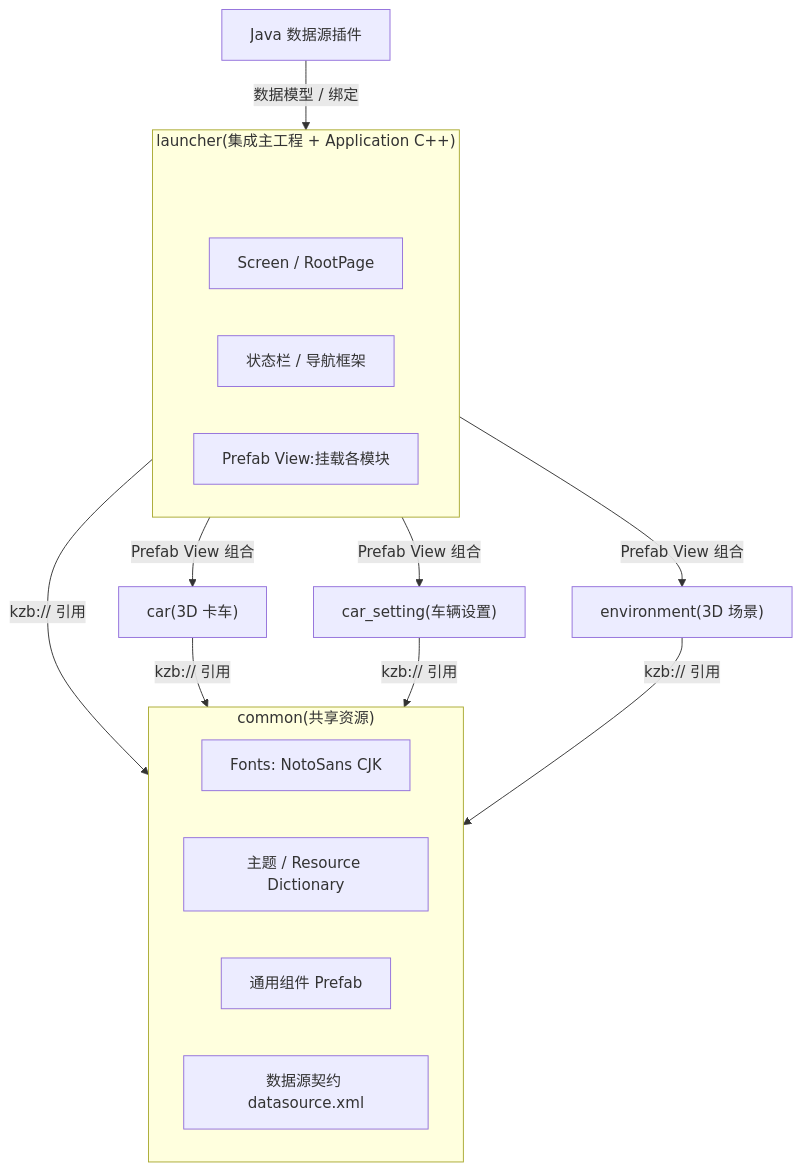
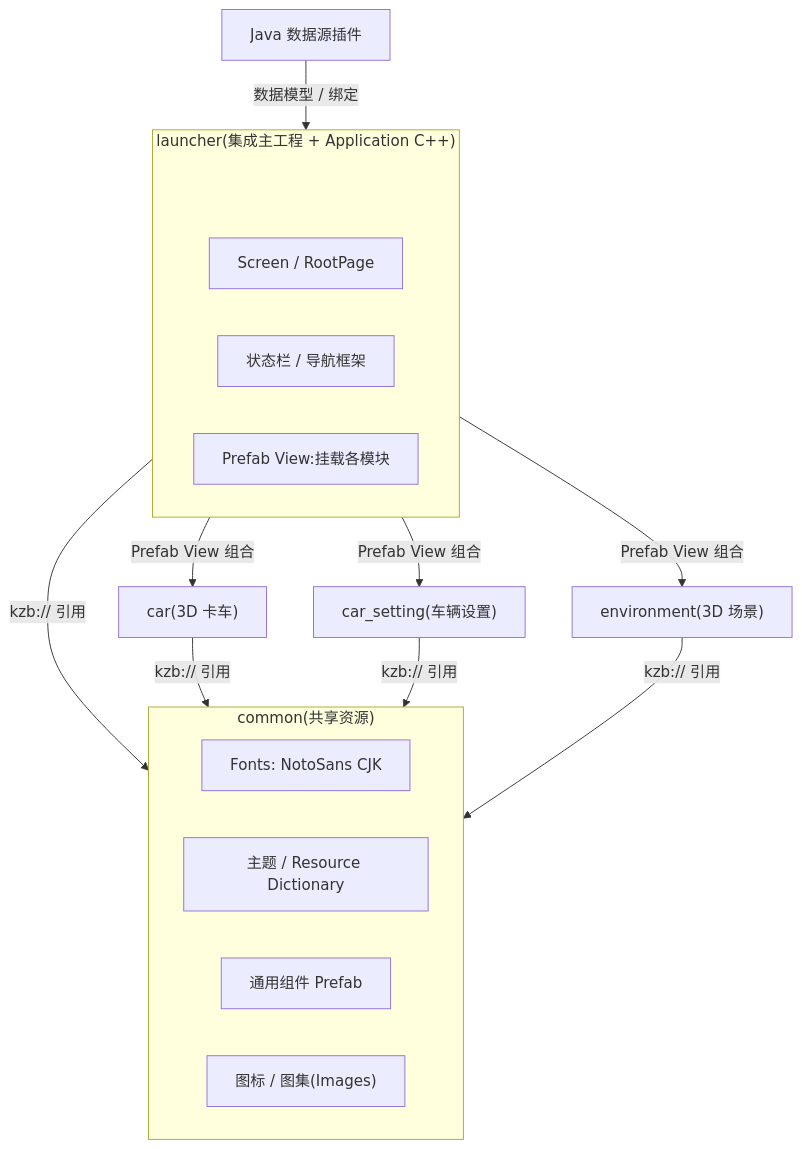
One commit to ganlong-2016/kanzi_project changed the first of 3 diagrams in docs/architecture.md. Above: the diagram before and after it, drawn with Mermaid. The commit also changed other lines of this file and 4 other files, not shown here.

````diff
--- a/docs/architecture.md
+++ b/docs/architecture.md
@@ -16,31 +16,31 @@
 ```mermaid
 flowchart TB
     subgraph common["common(共享资源)"]
         c1["Fonts: NotoSans CJK"]
         c2["主题 / Resource Dictionary"]
         c3["通用组件 Prefab"]
-        c4["数据源契约 datasource.xml"]
+        c4["图标 / 图集(Images)"]
     end
 
     subgraph launcher["launcher(集成主工程 + Application C++)"]
         space[" "]
         style space fill:none,stroke:none,color:#00000000
         l1["Screen / RootPage"]
         l2["状态栏 / 导航框架"]
         l3["Prefab View:挂载各模块"]
     end
 
     car["car(3D 卡车)"]
     car_setting["car_setting(车辆设置)"]
     environment["environment(3D 场景)"]
     plugin["Java 数据源插件"]
 
     launcher -->|kzb:// 引用| common
     car -->|kzb:// 引用| common
     car_setting -->|kzb:// 引用| common
     environment -->|kzb:// 引用| common
     launcher -->|Prefab View 组合| car
     launcher -->|Prefab View 组合| car_setting
     launcher -->|Prefab View 组合| environment
     plugin -->|数据模型 / 绑定| launcher
 ```
````
